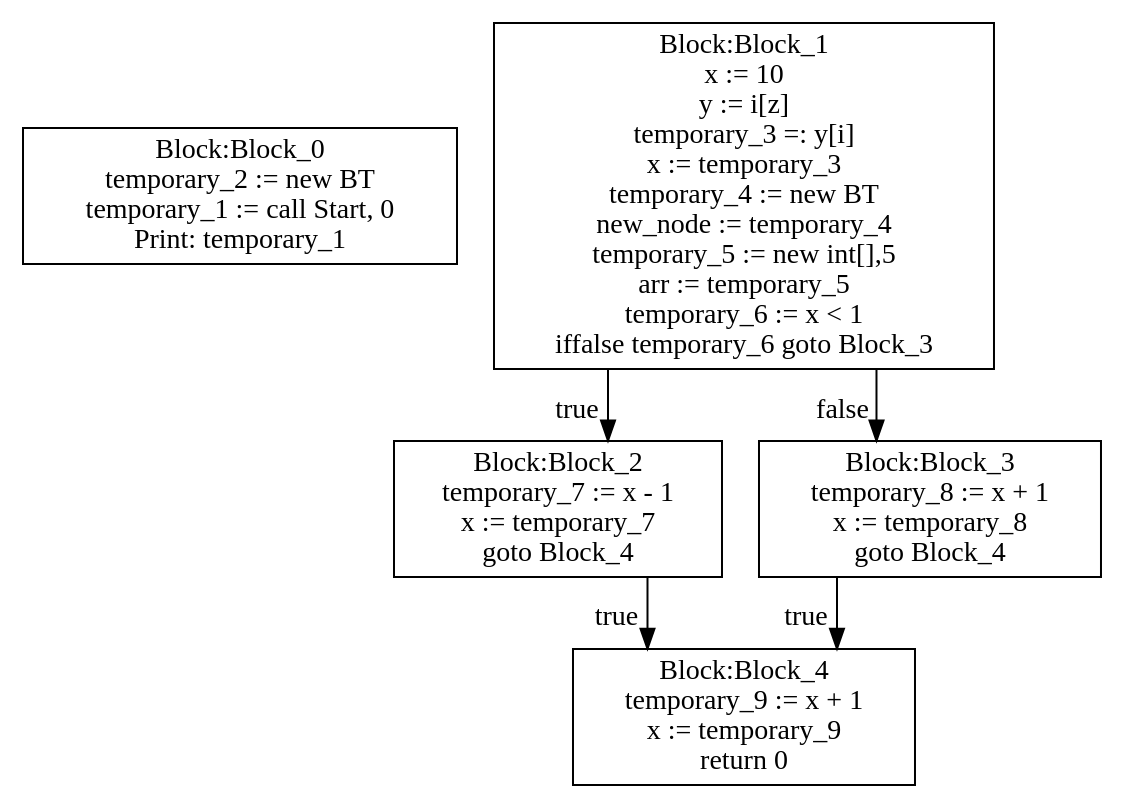
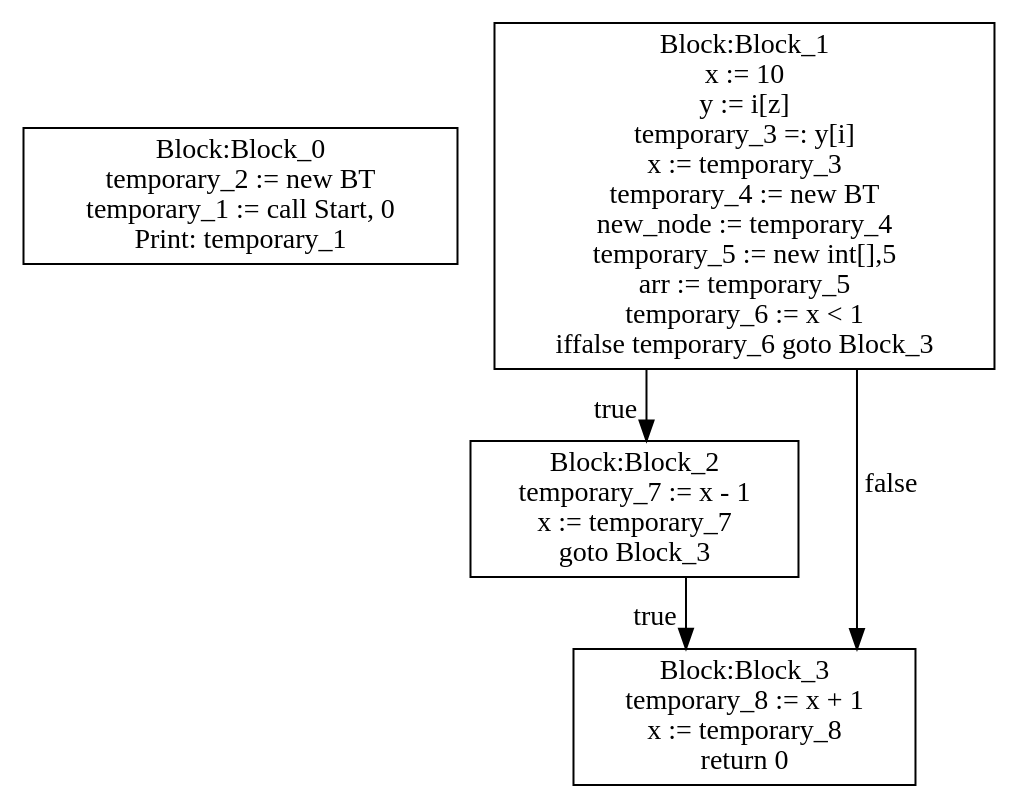
The diagram in lab3/CFG-tree.dot (moondog-matthew/compiler-dv1655), drawn with Graphviz before and after one commit. The commit also changed 3 other files, not shown here.

```diff
--- a/lab3/CFG-tree.dot
+++ b/lab3/CFG-tree.dot
@@ -1,35 +1,34 @@
 digraph {
 graph [ splines = ortho ]
 	node [ shape = box ];
 Block_0 [label="Block:Block_0
 temporary_2 := new BT
 temporary_1 := call Start, 0
 Print: temporary_1"];
 Block_1 [label="Block:Block_1
 x := 10
 y := i[z]
 temporary_3 =: y[i]
 x := temporary_3
 temporary_4 := new BT
 new_node := temporary_4
 temporary_5 := new int[],5
 arr := temporary_5
 temporary_6 := x < 1
 iffalse temporary_6 goto Block_3"];
 Block_1 -> Block_2 [xlabel = "true"]
 Block_2 [label="Block:Block_2
 temporary_7 := x - 1
 x := temporary_7
-goto Block_4"];
-Block_2 -> Block_4 [xlabel = "true"]
-Block_4 [label="Block:Block_4
-temporary_9 := x + 1
-x := temporary_9
+goto Block_3"];
+Block_2 -> Block_3 [xlabel = "true"]
+Block_3 [label="Block:Block_3
+temporary_8 := x + 1
+x := temporary_8
 return 0"];
 Block_1 -> Block_3 [xlabel = "false"]
 Block_3 [label="Block:Block_3
 temporary_8 := x + 1
 x := temporary_8
-goto Block_4"];
-Block_3 -> Block_4 [xlabel = "true"]
+return 0"];
 }
```
